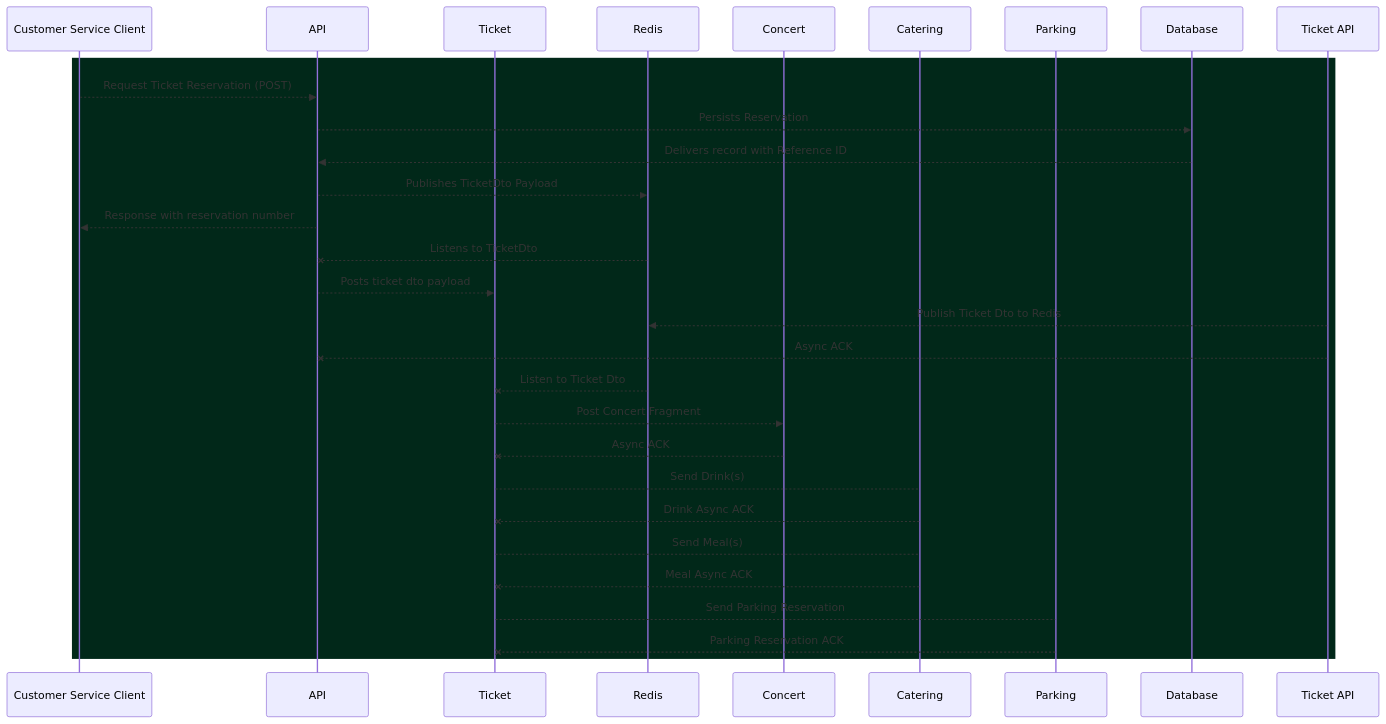
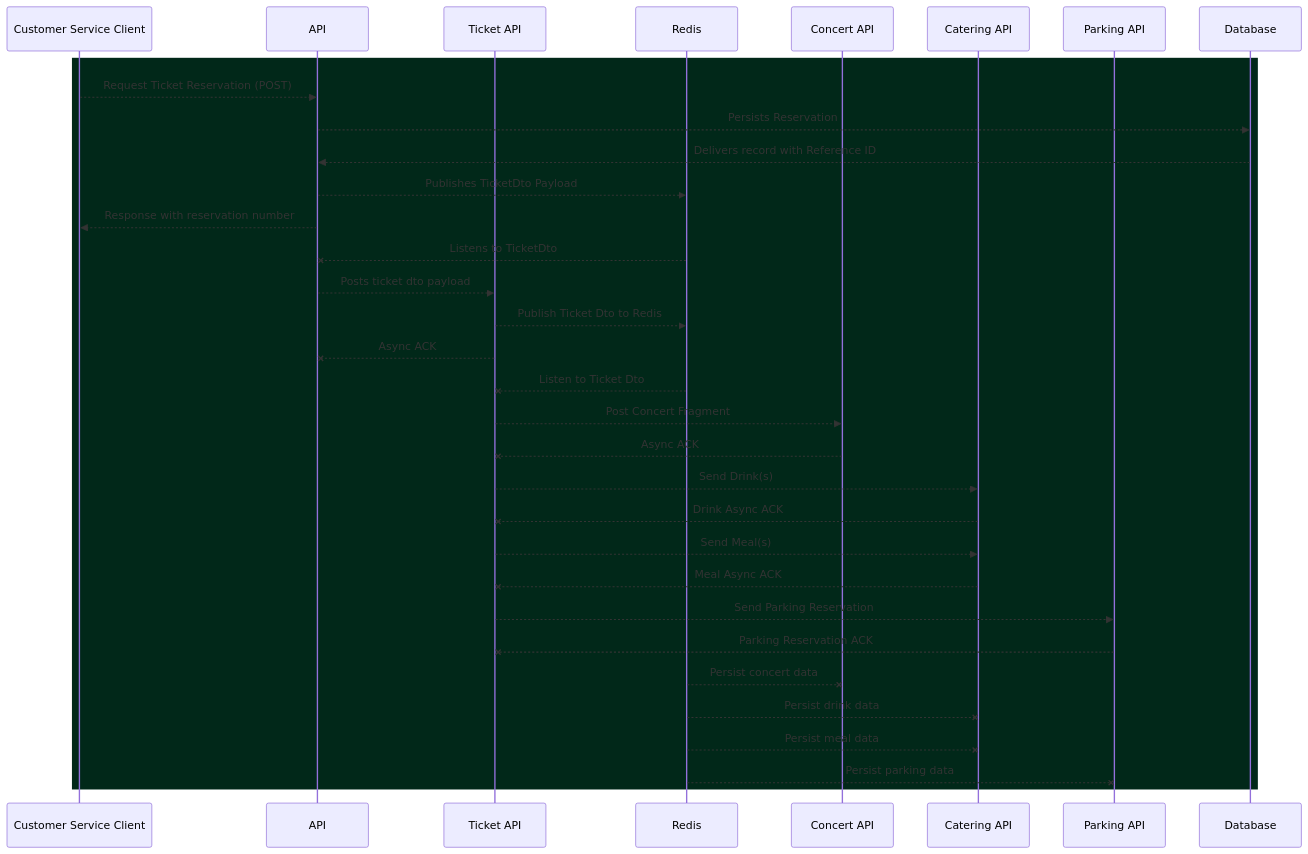
One commit to jesperancinha/buy-odd-yucca-concert changed the diagram in Readme.md. Above: the diagram before and after it, drawn with Mermaid.

Commit message:
🌿🇺🇦🕊 Sequence diagram update

````diff
--- a/Readme.md
+++ b/Readme.md
@@ -153,32 +153,36 @@
 ```mermaid
 sequenceDiagram
     participant Customer Service Client
     participant API
-    participant Ticket
+    participant Ticket API
     participant Redis
-    participant Concert
-    participant Catering
-    participant Parking
+    participant Concert API
+    participant Catering API
+    participant Parking API
     participant Database
     
     rect rgb(1,40,25)
         Customer Service Client -->> API: Request Ticket Reservation (POST)
         API -->> Database: Persists Reservation
         Database -->> API: Delivers record with Reference ID
         API -->> Redis: Publishes TicketDto Payload
         API -->> Customer Service Client: Response with reservation number
         Redis --x API: Listens to TicketDto
-        API -->> Ticket: Posts ticket dto payload
+        API -->> Ticket API: Posts ticket dto payload
         Ticket API -->> Redis: Publish Ticket Dto to Redis
         Ticket API --x API: Async ACK
-        Redis --x Ticket: Listen to Ticket Dto
-        Ticket -->> Concert: Post Concert Fragment
-        Concert --x Ticket: Async ACK
-        Ticket --> Catering: Send Drink(s)
-        Catering --x Ticket: Drink Async ACK
-        Ticket --> Catering: Send Meal(s)
-        Catering --x Ticket: Meal Async ACK
-        Ticket --> Parking: Send Parking Reservation
-        Parking --x Ticket: Parking Reservation ACK
+        Redis --x Ticket API: Listen to Ticket Dto
+        Ticket API -->> Concert API: Post Concert Fragment
+        Concert API --x Ticket API: Async ACK
+        Ticket API -->> Catering API: Send Drink(s)
+        Catering API --x Ticket API: Drink Async ACK
+        Ticket API -->> Catering API: Send Meal(s)
+        Catering API --x Ticket API: Meal Async ACK
+        Ticket API -->> Parking API: Send Parking Reservation
+        Parking API --x Ticket API: Parking Reservation ACK
+        Redis --x Concert API: Persist concert data
+        Redis --x Catering API: Persist drink data
+        Redis --x Catering API: Persist meal data
+        Redis --x Parking API: Persist parking data
     end
 ```
````
